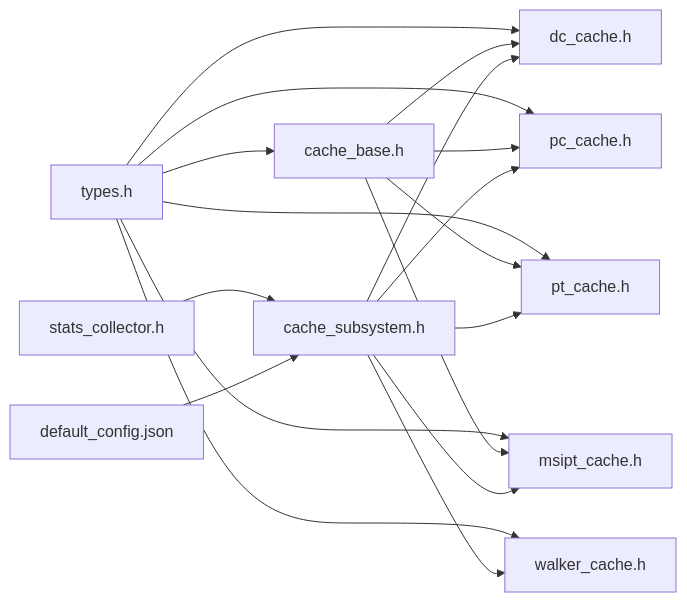
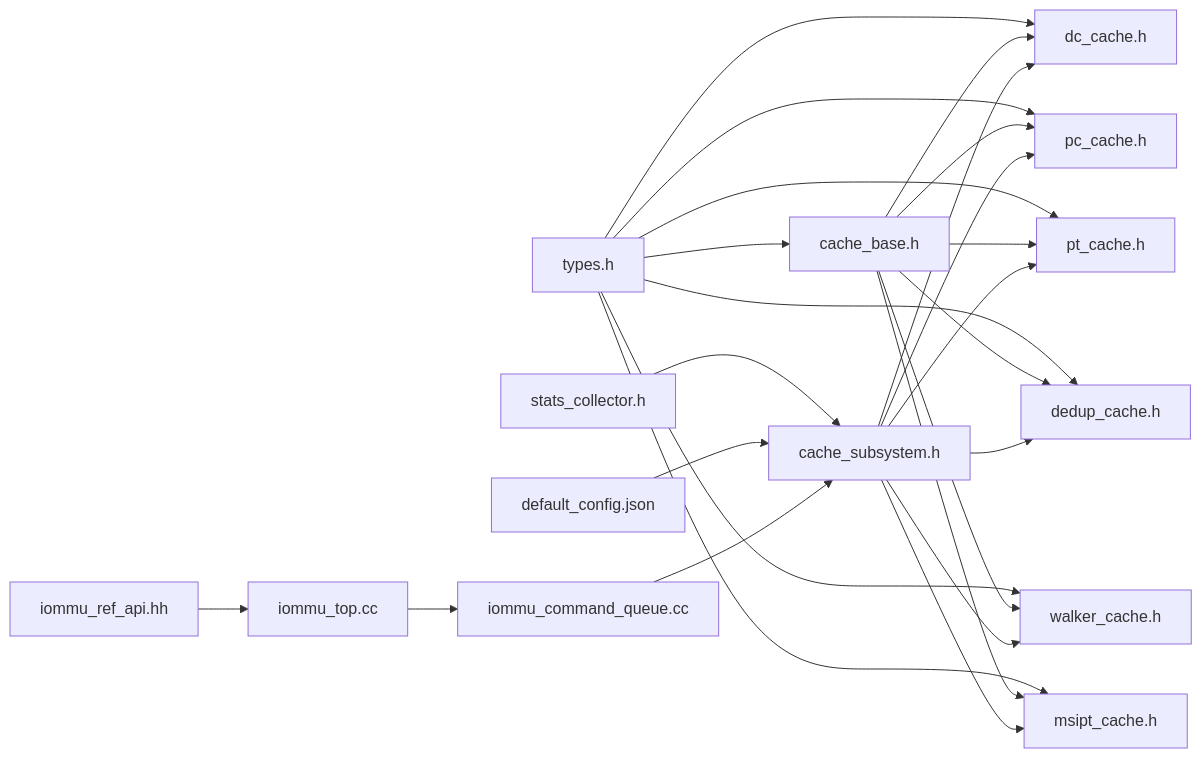
Before and after one commit to jiangjiang1122/iommu_model_20260401_v1: the ninth of 9 diagrams in .qoder/repowiki/zh/content/API参考手册/缓存接口.md, drawn with Mermaid. The commit also changed other lines of this file and 186 other files, not shown here.

````diff
--- a/.qoder/repowiki/zh/content/API参考手册/缓存接口.md
+++ b/.qoder/repowiki/zh/content/API参考手册/缓存接口.md
@@ -407,20 +504,27 @@
 ```mermaid
 graph LR
 TYPES["types.h"] --> BASE["cache_base.h"]
 TYPES --> DC["dc_cache.h"]
 TYPES --> PC["pc_cache.h"]
 TYPES --> PT["pt_cache.h"]
+TYPES --> DEDUP["dedup_cache.h"]
 TYPES --> WC["walker_cache.h"]
 TYPES --> MSI["msipt_cache.h"]
 BASE --> DC
 BASE --> PC
 BASE --> PT
+BASE --> DEDUP
+BASE --> WC
 BASE --> MSI
 SUBSYS["cache_subsystem.h"] --> DC
 SUBSYS --> PC
 SUBSYS --> PT
+SUBSYS --> DEDUP
 SUBSYS --> WC
 SUBSYS --> MSI
 STATS["stats_collector.h"] --> SUBSYS
 CFG["default_config.json"] --> SUBSYS
+REF_API["iommu_ref_api.hh"] --> TOP["iommu_top.cc"]
+TOP --> CMD_Q["iommu_command_queue.cc"]
+CMD_Q --> SUBSYS
 ```
````
